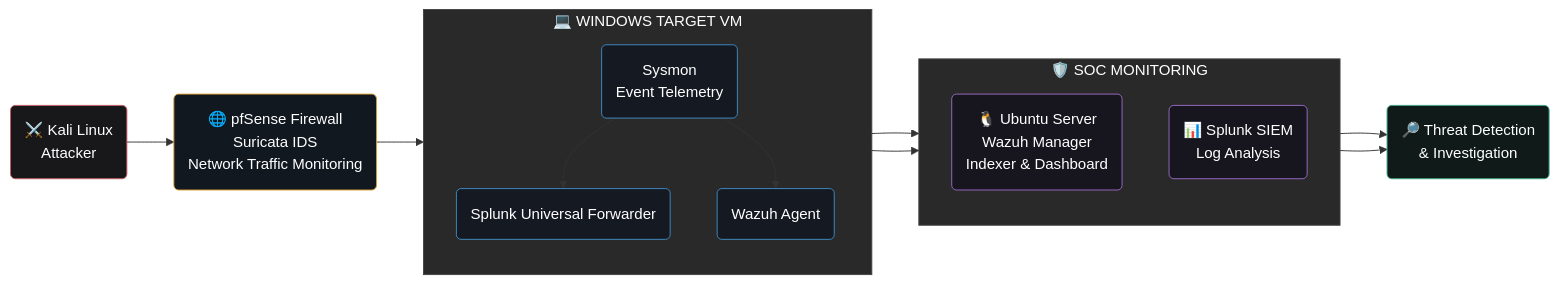
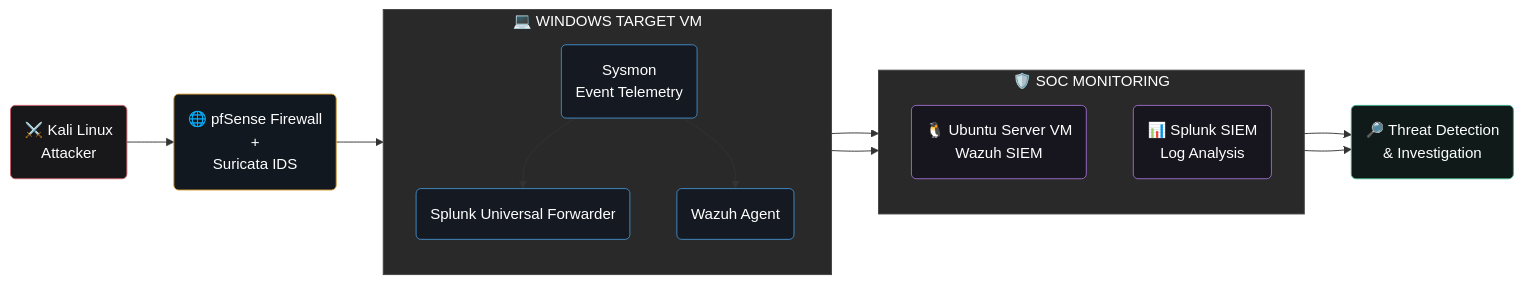
Before and after one commit to KAKishore/KAKishore: the diagram in README.md, drawn with Mermaid. The commit also changed other lines of this file, not shown here.

Commit message:
Refine SOC lab architecture diagram

````diff
--- a/README.md
+++ b/README.md
@@ -134,44 +133,44 @@
 ```mermaid
 flowchart LR
     K("⚔️ Kali Linux<br/>Attacker")
-    P("🌐 pfSense Firewall<br/>Suricata IDS<br/>Network Traffic Monitoring")
+    P("🌐 pfSense Firewall<br/>+<br/>Suricata IDS")
 
     subgraph WIN["💻 WINDOWS TARGET VM"]
         direction TB
         S("Sysmon<br/>Event Telemetry")
         U("Splunk Universal Forwarder")
         WA("Wazuh Agent")
         S --> U
         S --> WA
     end
 
     subgraph SOC["🛡️ SOC MONITORING"]
         direction TB
-        Z("🐧 Ubuntu Server<br/>Wazuh Manager<br/>Indexer & Dashboard")
+        Z("🐧 Ubuntu Server VM<br/>Wazuh SIEM")
         SI("📊 Splunk SIEM<br/>Log Analysis")
     end
 
     I("🔎 Threat Detection<br/>& Investigation")
 
     K --> P
     P --> S
     U --> SI
     WA --> Z
     SI --> I
     Z --> I
 
     classDef attacker fill:#18181B,stroke:#C65B65,color:#FFFFFF,stroke-width:1px
     classDef firewall fill:#111820,stroke:#D59A32,color:#FFFFFF,stroke-width:1px
     classDef endpoint fill:#151A22,stroke:#438BC6,color:#FFFFFF,stroke-width:1px
     classDef monitoring fill:#17151E,stroke:#9B6BC7,color:#FFFFFF,stroke-width:1px
     classDef investigation fill:#101B19,stroke:#3CA783,color:#FFFFFF,stroke-width:1px
 
     class K attacker
     class P firewall
     class S,U,WA endpoint
     class SI,Z monitoring
     class I investigation
 
     style WIN fill:#292929,stroke:#444444,color:#FFFFFF
     style SOC fill:#292929,stroke:#444444,color:#FFFFFF
 ```
````
